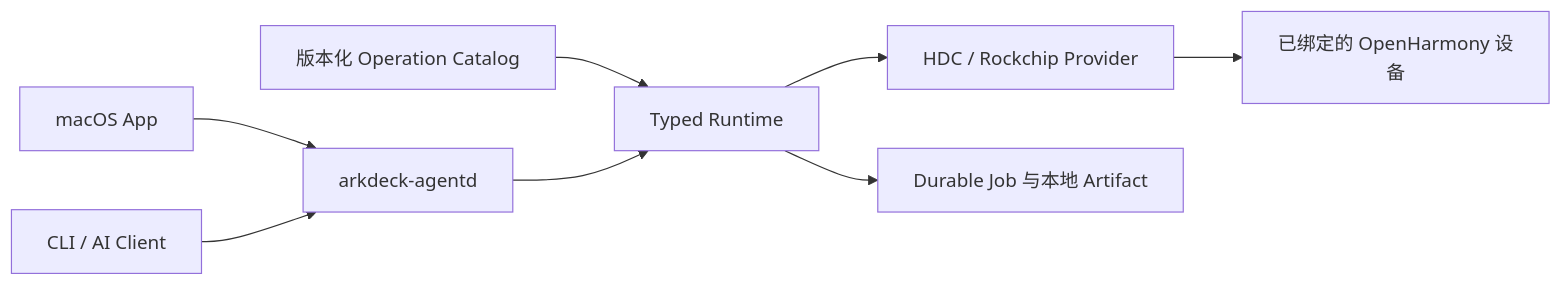
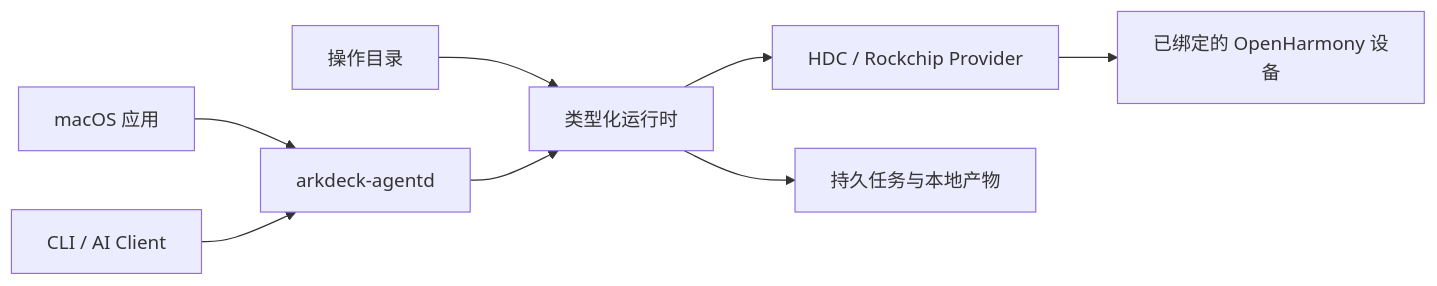
One commit to ArkDeck/ArkDeck changed the diagram in README.zh-CN.md. Above: the diagram before and after it, drawn with Mermaid. The commit also changed other lines of this file and 2 other files, not shown here.

````diff
--- a/README.zh-CN.md
+++ b/README.zh-CN.md
@@ -50,10 +69,10 @@
 ```mermaid
 flowchart LR
-    APP["macOS App"] --> DAEMON["arkdeck-agentd"]
+    APP["macOS 应用"] --> DAEMON["arkdeck-agentd"]
     CLIENT["CLI / AI Client"] --> DAEMON
-    CATALOG["版本化 Operation Catalog"] --> RUNTIME["Typed Runtime"]
+    CATALOG["操作目录"] --> RUNTIME["类型化运行时"]
     DAEMON --> RUNTIME
     RUNTIME --> PROVIDERS["HDC / Rockchip Provider"]
     PROVIDERS --> DEVICE["已绑定的 OpenHarmony 设备"]
-    RUNTIME --> STORE["Durable Job 与本地 Artifact"]
+    RUNTIME --> STORE["持久任务与本地产物"]
 ```
````
